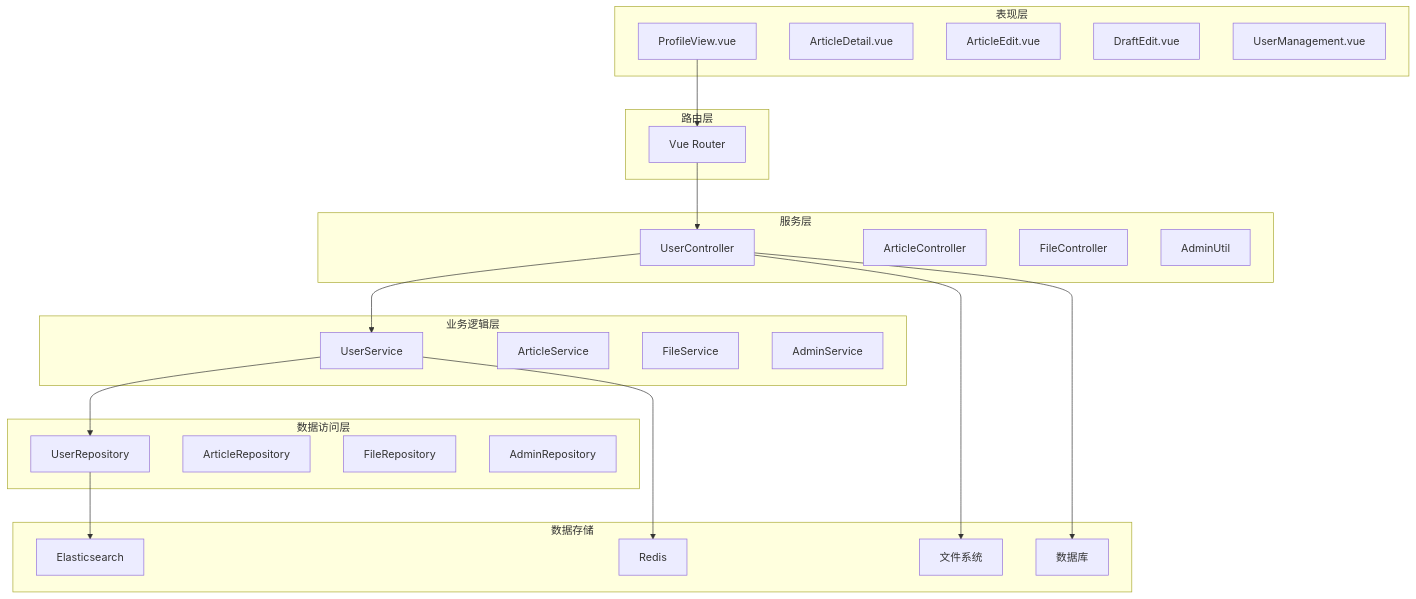
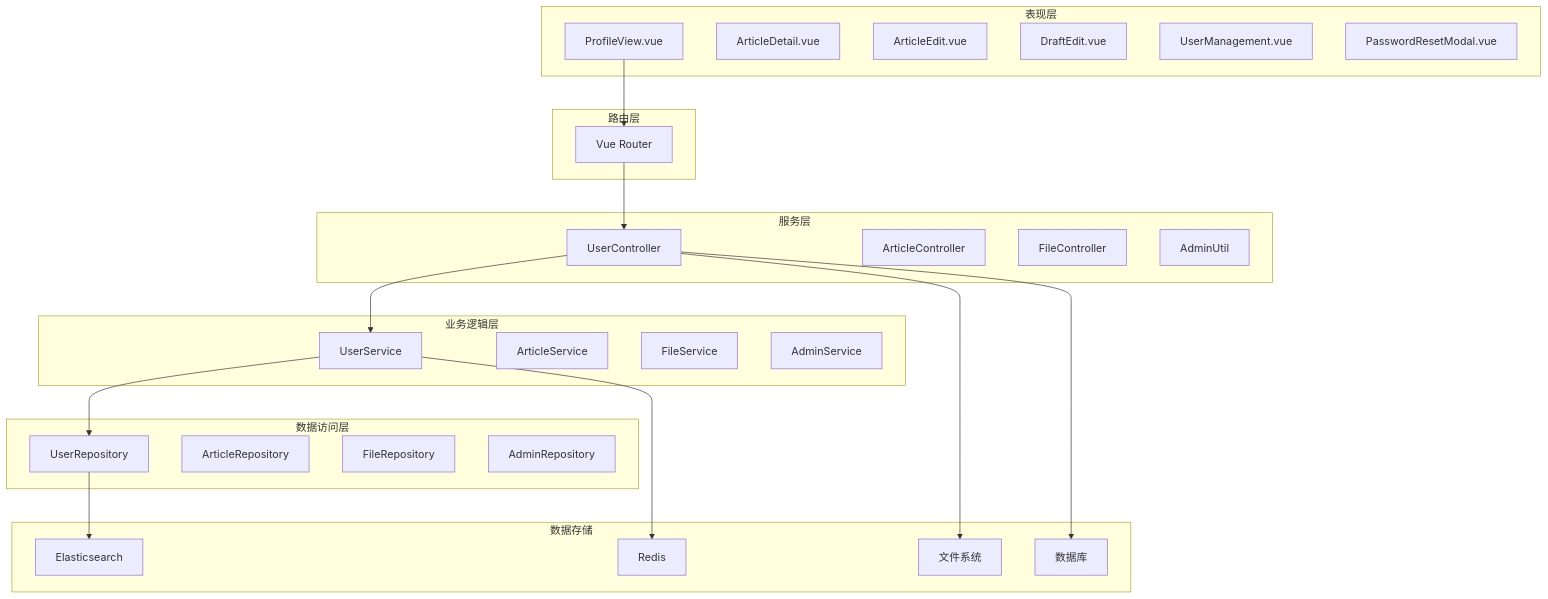
The second of 18 diagrams in .qoder/repowiki/zh/content/Profile View.md (20164206160/zhishilu), drawn with Mermaid before and after one commit. The commit also changed other lines of this file and 16 other files, not shown here.

````diff
--- a/.qoder/repowiki/zh/content/Profile View.md
+++ b/.qoder/repowiki/zh/content/Profile View.md
@@ -121,45 +134,46 @@
 ```mermaid
 graph TD
 subgraph "表现层"
 A[ProfileView.vue]
 B[ArticleDetail.vue]
 C[ArticleEdit.vue]
 D[DraftEdit.vue]
 E[UserManagement.vue]
+F[PasswordResetModal.vue]
 end
 subgraph "路由层"
-F[Vue Router]
+G[Vue Router]
 end
 subgraph "服务层"
-G[UserController]
-H[ArticleController]
-I[FileController]
-J[AdminUtil]
+H[UserController]
+I[ArticleController]
+J[FileController]
+K[AdminUtil]
 end
 subgraph "业务逻辑层"
-K[UserService]
-L[ArticleService]
-M[FileService]
-N[AdminService]
+L[UserService]
+M[ArticleService]
+N[FileService]
+O[AdminService]
 end
 subgraph "数据访问层"
-O[UserRepository]
-P[ArticleRepository]
-Q[FileRepository]
-R[AdminRepository]
+P[UserRepository]
+Q[ArticleRepository]
+R[FileRepository]
+S[AdminRepository]
 end
 subgraph "数据存储"
-S[Elasticsearch]
-T[Redis]
-U[文件系统]
-V[数据库]
+T[Elasticsearch]
+U[Redis]
+V[文件系统]
+W[数据库]
 end
-A --> F
-F --> G
-G --> K
-K --> O
-O --> S
-K --> T
-G --> U
-G --> V
+A --> G
+G --> H
+H --> L
+L --> P
+P --> T
+L --> U
+H --> V
+H --> W
 ```
````
